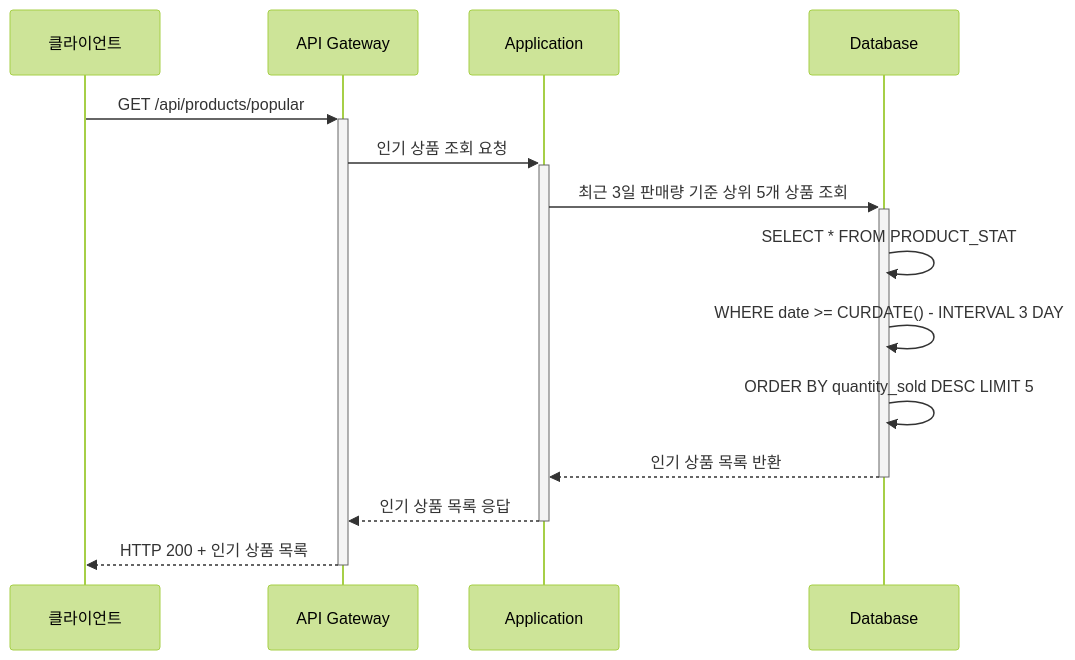
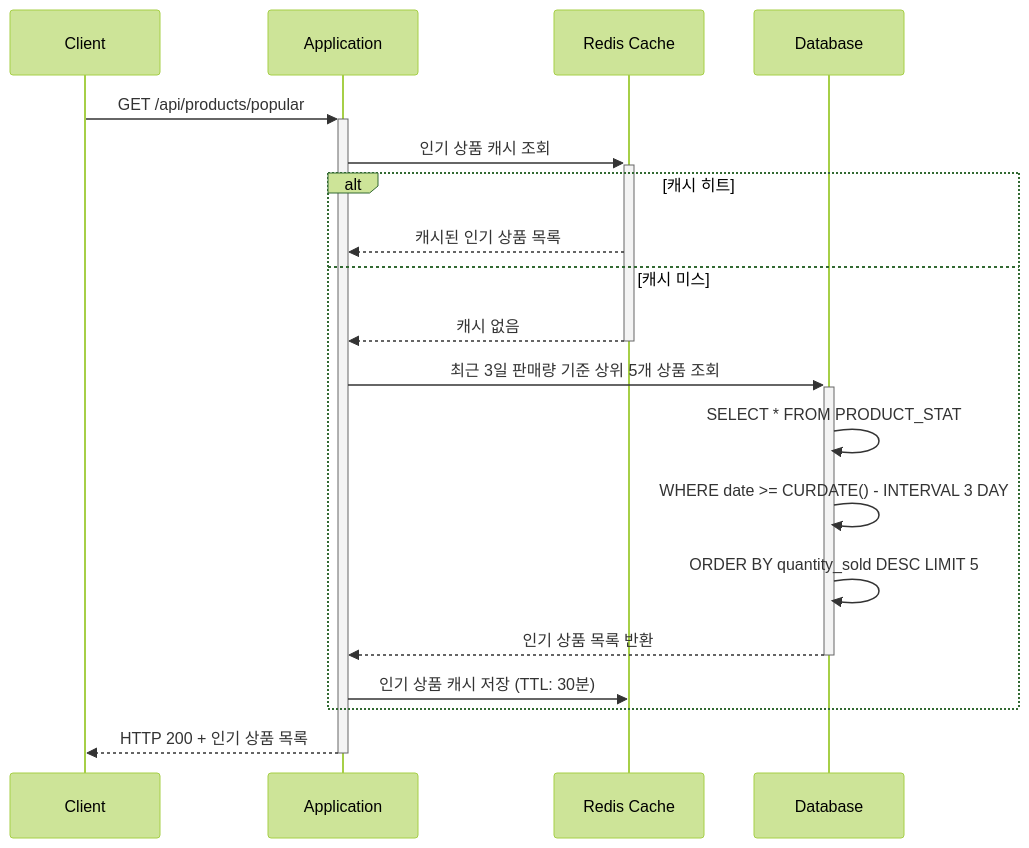
Before and after one commit to yuni02/hhplus-ecommerce: the seventh of 11 diagrams in docs/sequence_diagram.md, drawn with Mermaid (forest theme). The commit also changed other lines of this file, not shown here.

First line of the commit message:
fix: sequence 다이어그램 수정

````diff
--- a/docs/sequence_diagram.md
+++ b/docs/sequence_diagram.md
@@ -173,19 +163,26 @@
 ```mermaid
 sequenceDiagram
-    participant Client as 클라이언트
-    participant API as API Gateway
+    participant Client as Client
     participant App as Application
+    participant Cache as Redis Cache
     participant DB as Database
 
-    Client->>+API: GET /api/products/popular
-    API->>+App: 인기 상품 조회 요청
+    Client->>+App: GET /api/products/popular
+    
+    App->>+Cache: 인기 상품 캐시 조회
+    
+    alt 캐시 히트
+        Cache-->>App: 캐시된 인기 상품 목록
+    else 캐시 미스
+        Cache-->>-App: 캐시 없음
+        App->>+DB: 최근 3일 판매량 기준 상위 5개 상품 조회
+        DB->>DB: SELECT * FROM PRODUCT_STAT
+        DB->>DB: WHERE date >= CURDATE() - INTERVAL 3 DAY
+        DB->>DB: ORDER BY quantity_sold DESC LIMIT 5
+        DB-->>-App: 인기 상품 목록 반환
+        
+        App->>Cache: 인기 상품 캐시 저장 (TTL: 30분)
+    end
 
-    App->>+DB: 최근 3일 판매량 기준 상위 5개 상품 조회
-    DB->>DB: SELECT * FROM PRODUCT_STAT
-    DB->>DB: WHERE date >= CURDATE() - INTERVAL 3 DAY
-    DB->>DB: ORDER BY quantity_sold DESC LIMIT 5
-    DB-->>-App: 인기 상품 목록 반환
-
-    App-->>-API: 인기 상품 목록 응답
-    API-->>-Client: HTTP 200 + 인기 상품 목록
+    App-->>-Client: HTTP 200 + 인기 상품 목록
 ```
````
